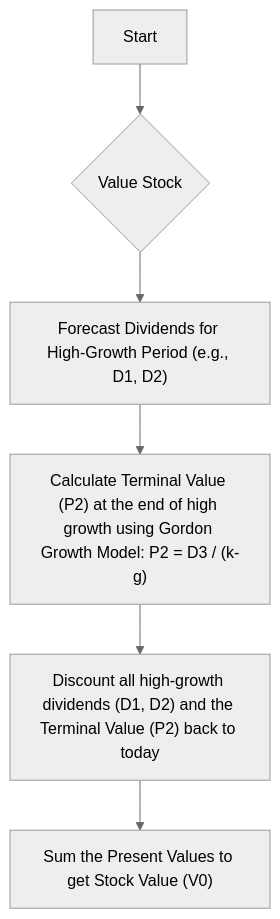
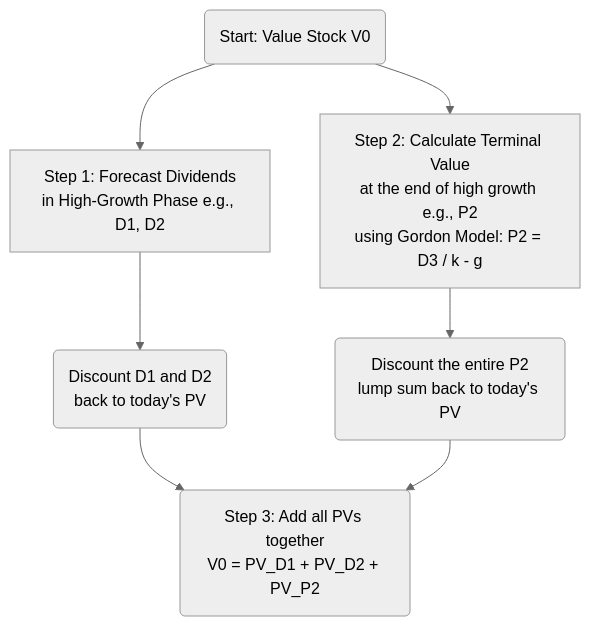
The diagram in docs/LOS/Quant/Reading 2.md (agarwalvipin/open_cfa), drawn with Mermaid (neutral theme) before and after one commit. The commit also changed other lines of this file, not shown here.

Commit message:
Revise Reading 2: Update introduction and structure for improved clarity and engagement on the Time Value of Money concepts.

````diff
--- a/docs/LOS/Quant/Reading 2.md
+++ b/docs/LOS/Quant/Reading 2.md
@@ -79,8 +124,9 @@
 ```mermaid
 graph TD
-    A[Start] --> B{"Value Stock"};
-    B --> C["Forecast Dividends for High-Growth Period (e.g., D1, D2)"];
-    C --> D["Calculate Terminal Value (P2) at the end of high growth using Gordon Growth Model: P2 = D3 / (k-g)"];
-    D --> E["Discount all high-growth dividends (D1, D2) and the Terminal Value (P2) back to today"];
-    E --> F["Sum the Present Values to get Stock Value (V0)"];
+    A(Start: Value Stock V0) --> B[Step 1: Forecast Dividends<br/>in High-Growth Phase e.g., D1, D2]
+    B --> C(Discount D1 and D2<br/>back to today's PV)
+    A --> D[Step 2: Calculate Terminal Value<br/>at the end of high growth e.g., P2<br/>using Gordon Model: P2 = D3 / k - g]
+    D --> E(Discount the entire P2<br/>lump sum back to today's PV)
+    C --> F(Step 3: Add all PVs together<br/>V0 = PV_D1 + PV_D2 + PV_P2)
+    E --> F
 ```
````
